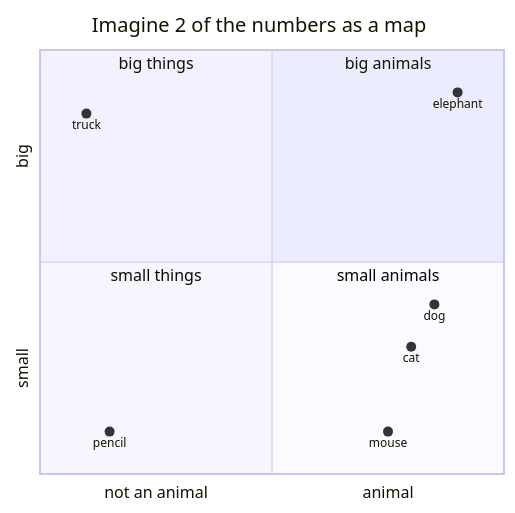
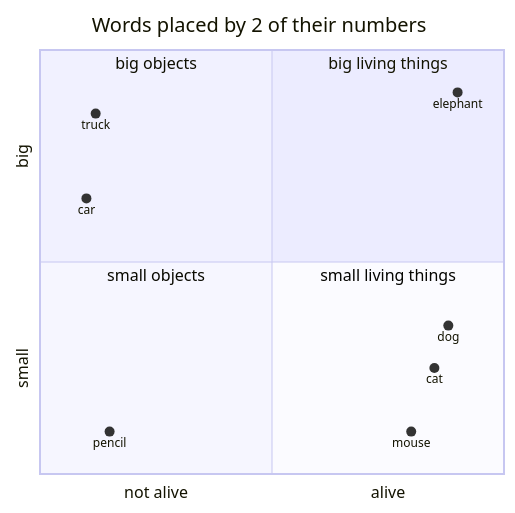
One commit to Ranjeet0611/tinygpt changed the third of 11 diagrams in docs/03-embeddings.md. Above: the diagram before and after it, drawn with Mermaid. The commit also changed other lines of this file and 9 other files, not shown here.

````diff
--- a/docs/03-embeddings.md
+++ b/docs/03-embeddings.md
@@ -14,16 +44,17 @@
 ```mermaid
 quadrantChart
-    title Imagine 2 of the numbers as a map
-    x-axis "not an animal" --> "animal"
+    title Words placed by 2 of their numbers
+    x-axis "not alive" --> "alive"
     y-axis "small" --> "big"
-    quadrant-1 "big animals"
-    quadrant-2 "big things"
-    quadrant-3 "small things"
-    quadrant-4 "small animals"
-    cat: [0.8, 0.3]
-    dog: [0.85, 0.4]
+    quadrant-1 "big living things"
+    quadrant-2 "big objects"
+    quadrant-3 "small objects"
+    quadrant-4 "small living things"
+    cat: [0.85, 0.25]
+    dog: [0.88, 0.35]
+    mouse: [0.8, 0.1]
     elephant: [0.9, 0.9]
-    mouse: [0.75, 0.1]
-    truck: [0.1, 0.85]
+    car: [0.1, 0.65]
+    truck: [0.12, 0.85]
     pencil: [0.15, 0.1]
 ```
````
